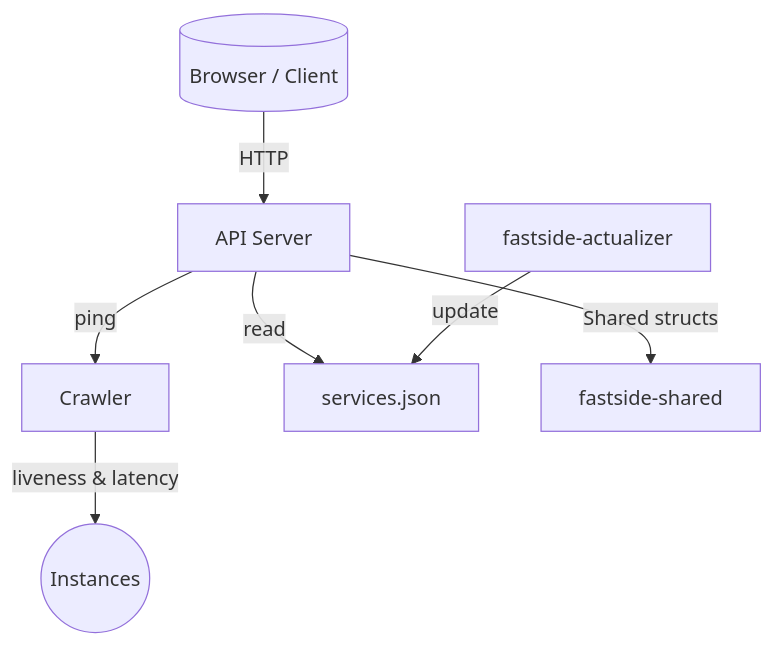
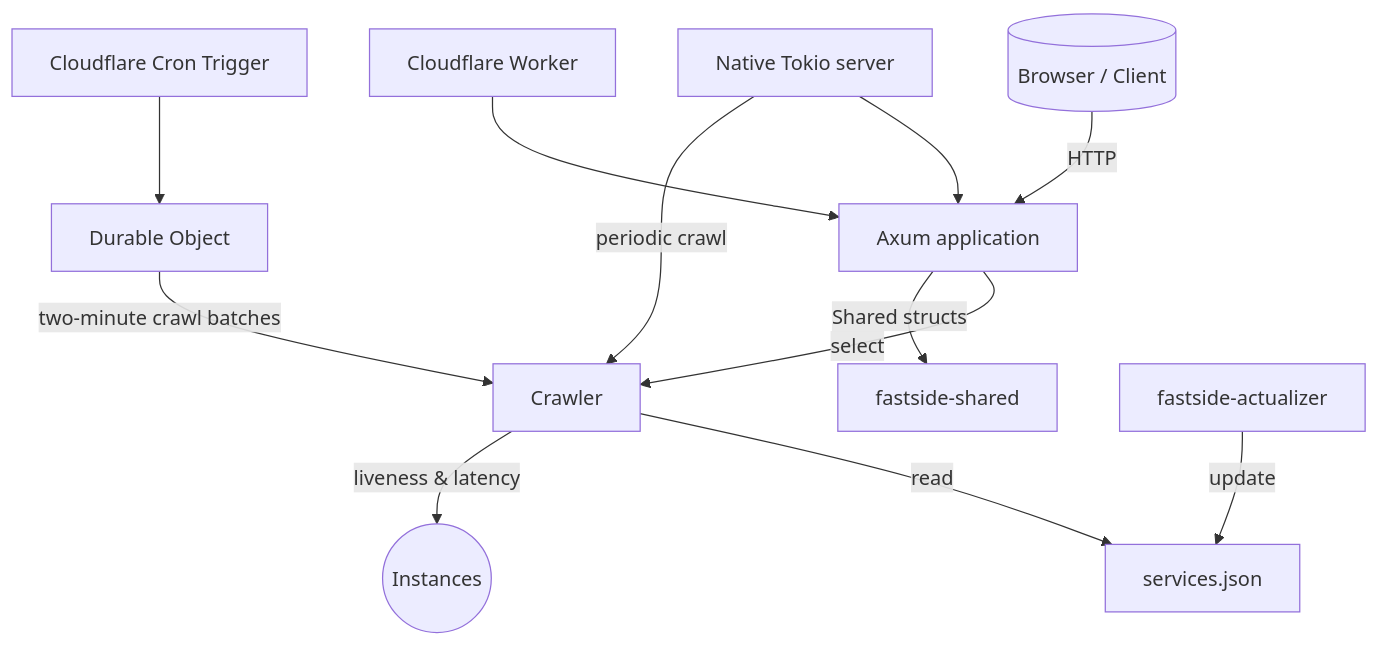
The diagram in docs/architecture.md (cofob/fastside), drawn with Mermaid before and after one commit. The commit also changed other lines of this file and 45 other files, not shown here.

Commit message:
Migrate server from Actix to Axum (#46)

````diff
--- a/docs/architecture.md
+++ b/docs/architecture.md
@@ -3,9 +3,14 @@
 ```mermaid
 flowchart TD
-    User[(Browser / Client)] -->|HTTP| Fastside[API Server]
-    Fastside -->|ping| Crawler
-    Fastside -->|read| ServicesData[services.json]
+    User[(Browser / Client)] -->|HTTP| Axum[Axum application]
+    Native[Native Tokio server] --> Axum
+    Worker[Cloudflare Worker] --> Axum
+    Axum -->|select| Crawler
+    Native -->|periodic crawl| Crawler
+    Cron[Cloudflare Cron Trigger] --> DurableObject[Durable Object]
+    DurableObject -->|two-minute crawl batches| Crawler
+    Crawler -->|read| ServicesData[services.json]
     Crawler -->|liveness & latency| Instances((Instances))
-    Fastside -->|Shared structs| Shared[fastside-shared]
+    Axum -->|Shared structs| Shared[fastside-shared]
     Actualizer[fastside-actualizer] -->|update| ServicesData
 ```
````
